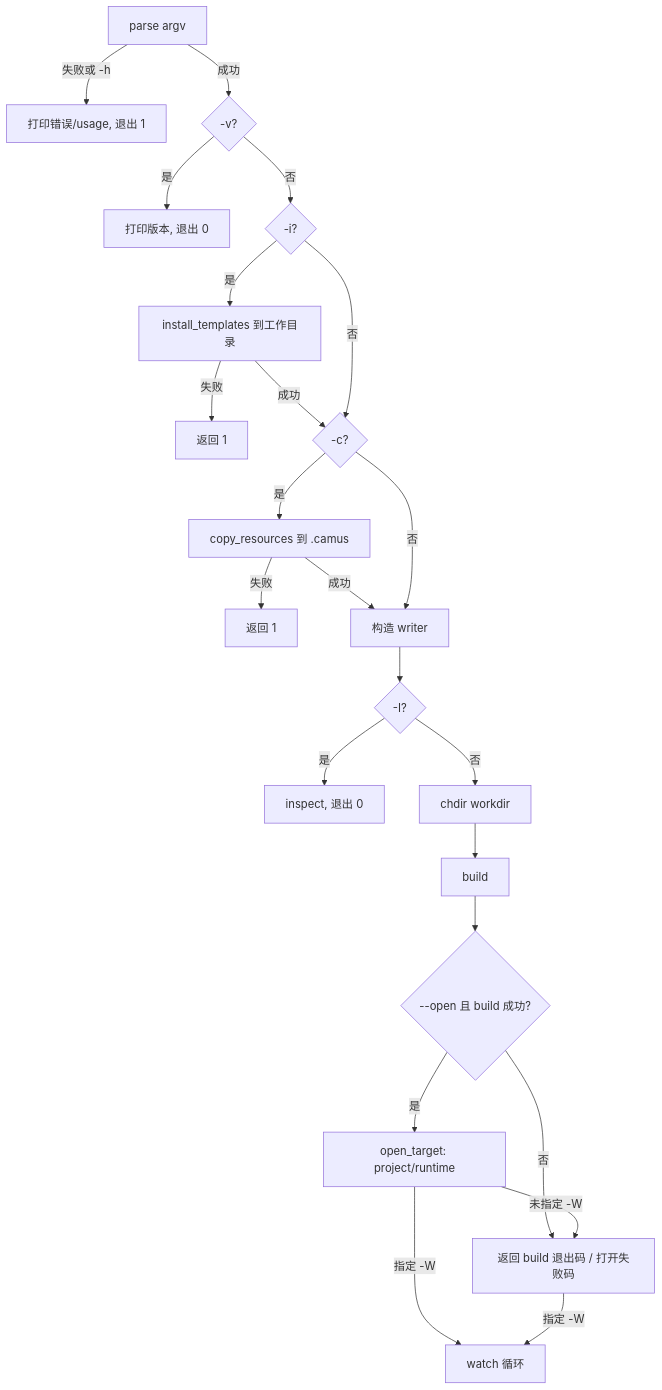
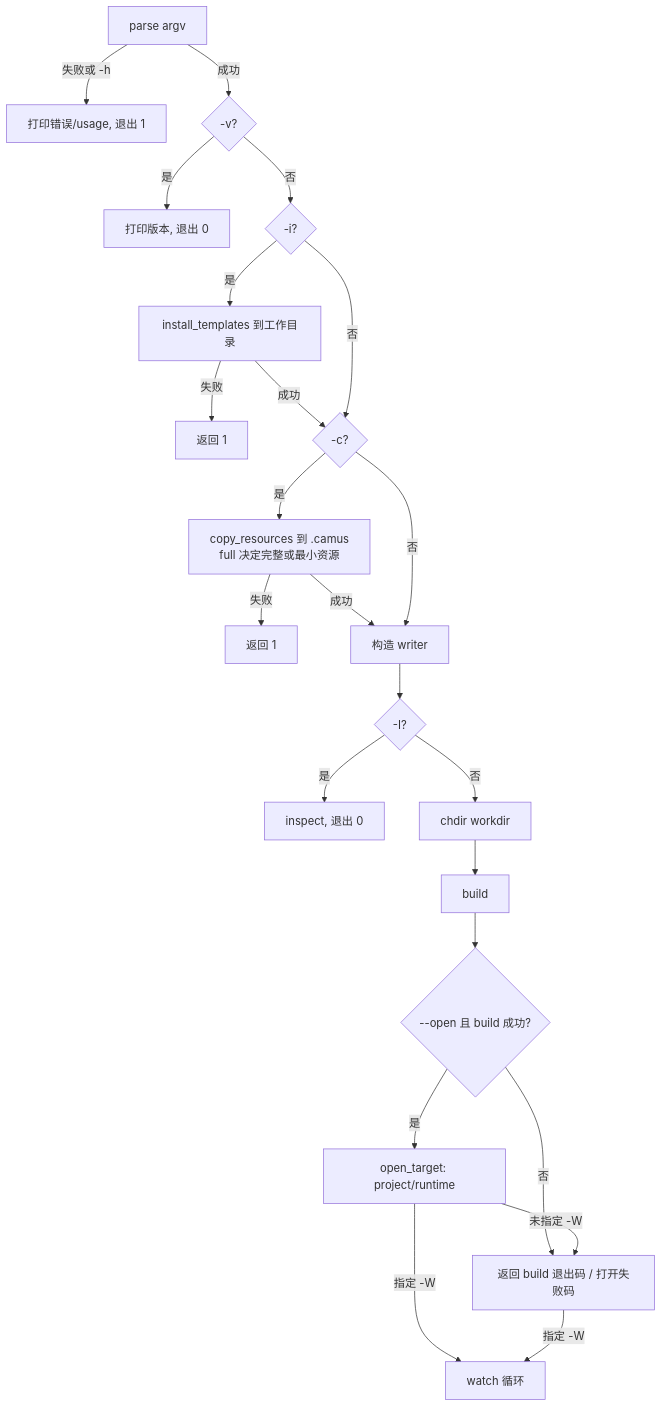
One commit to o8x/camus changed the diagram in docs/prd/02-command-line.md. Above: the diagram before and after it, drawn with Mermaid. The commit also changed other lines of this file and 14 other files, not shown here.

````diff
--- a/docs/prd/02-command-line.md
+++ b/docs/prd/02-command-line.md
@@ -44,25 +45,25 @@
 ```mermaid
 flowchart TD
     P[parse argv] -->|失败或 -h| H[打印错误/usage, 退出 1]
     P -->|成功| V{-v?}
     V -->|是| VO[打印版本, 退出 0]
     V -->|否| I{-i?}
     I -->|是| INS[install_templates 到工作目录]
     INS -->|失败| IF[返回 1]
     INS -->|成功| CP{-c?}
     I -->|否| CP
-    CP -->|是| COPY[copy_resources 到 .camus]
+    CP -->|是| COPY[copy_resources 到 .camus<br/>full 决定完整或最小资源]
     COPY -->|失败| CF[返回 1]
     COPY -->|成功| C[构造 writer]
     CP -->|否| C
     C --> Q{-I?}
     Q -->|是| INSP[inspect, 退出 0]
     Q -->|否| WD[chdir workdir]
     WD --> B[build]
     B --> O{--open 且 build 成功?}
     O -->|是| OP[open_target: project/runtime]
     O -->|否| RET
     OP -->|未指定 -W| RET[返回 build 退出码 / 打开失败码]
     OP -->|指定 -W| WA[watch 循环]
     RET -->|指定 -W| WA
 ```
````
